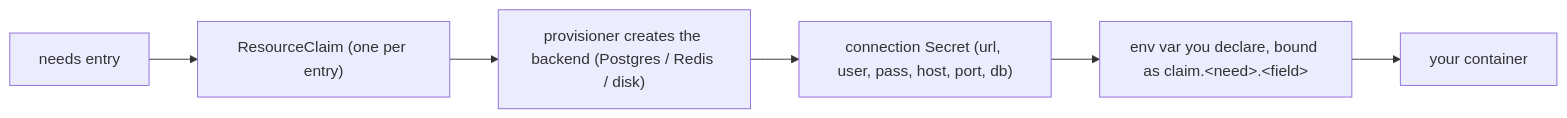
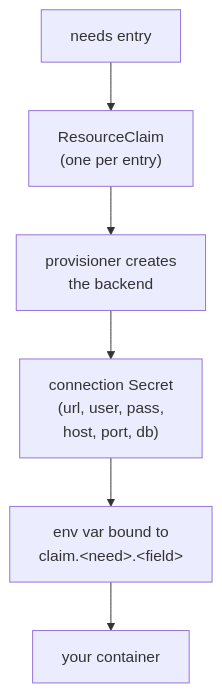
Before and after one commit to AppRafter/apprafter: the diagram in docs/dev-guide/application-cue.md, drawn with Mermaid. The commit also changed other lines of this file and 26 other files, not shown here.

````diff
--- a/docs/dev-guide/application-cue.md
+++ b/docs/dev-guide/application-cue.md
@@ -127,8 +127,8 @@
 ```mermaid
-flowchart LR
-    N["needs entry"] --> RC["ResourceClaim (one per entry)"]
-    RC --> P["provisioner creates the backend (Postgres / Redis / disk)"]
-    P --> S["connection Secret (url, user, pass, host, port, db)"]
-    S --> E["env var you declare, bound as claim.&lt;need&gt;.&lt;field&gt;"]
+flowchart TD
+    N["needs entry"] --> RC["ResourceClaim<br/>(one per entry)"]
+    RC --> P["provisioner creates<br/>the backend"]
+    P --> S["connection Secret<br/>(url, user, pass,<br/>host, port, db)"]
+    S --> E["env var bound to<br/>claim.&lt;need&gt;.&lt;field&gt;"]
     E --> C["your container"]
 ```
````
